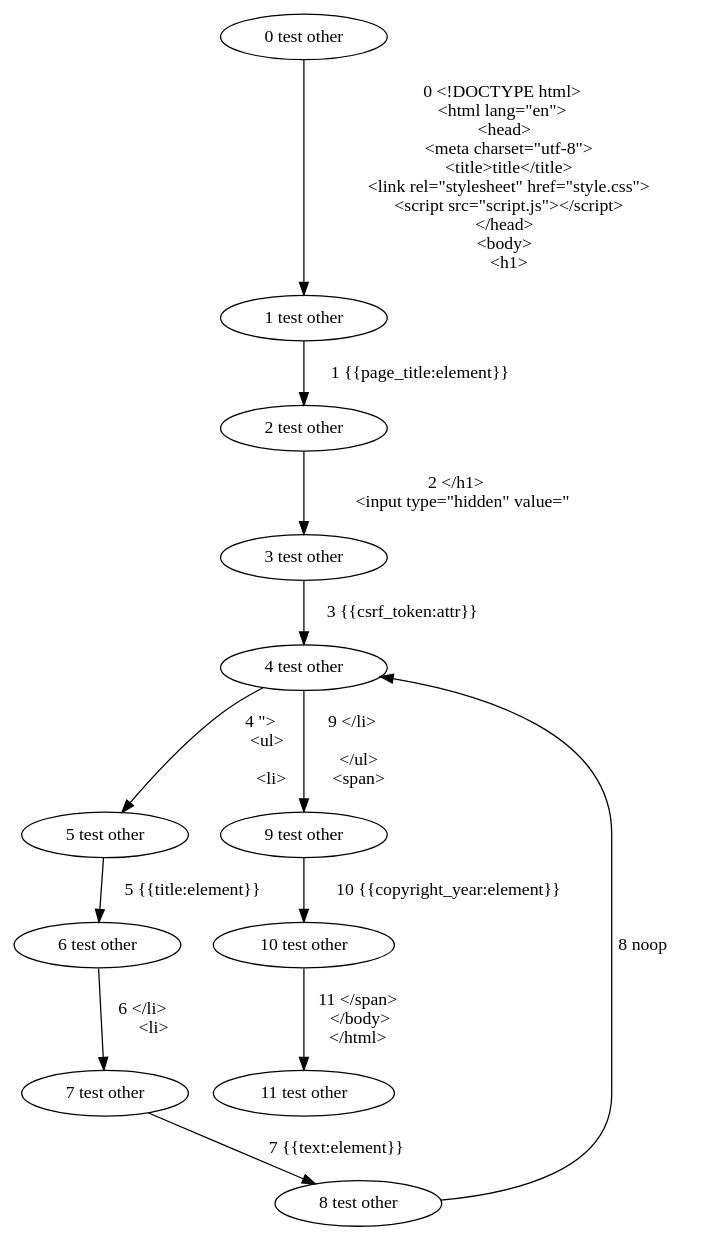
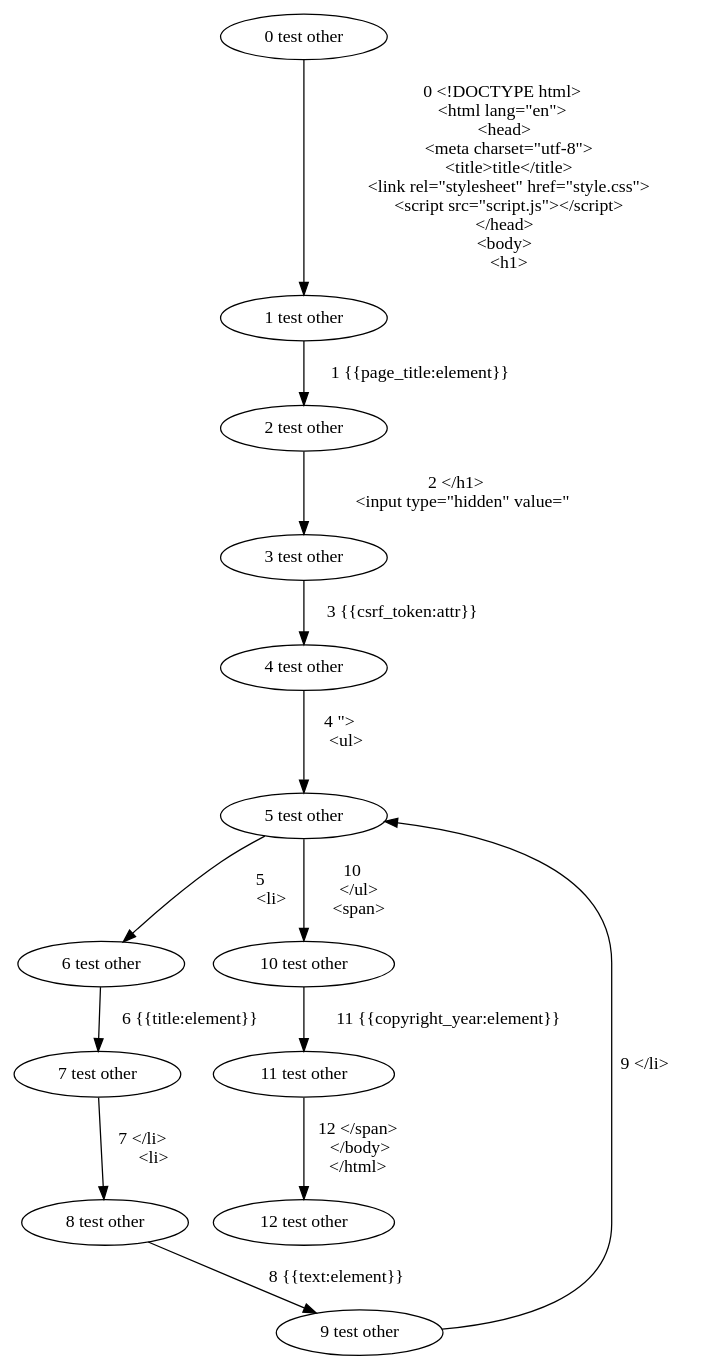
Before and after one commit to mohe2015/zero-cost-templating: the diagram in zero-cost-templating/test.dot, drawn with Graphviz. The commit also changed 2 other files, not shown here.

```diff
--- a/zero-cost-templating/test.dot
+++ b/zero-cost-templating/test.dot
@@ -1,45 +1,47 @@
 digraph {
     0 [ label = "0 test other"]
     1 [ label = "1 test other"]
     2 [ label = "2 test other"]
     3 [ label = "3 test other"]
     4 [ label = "4 test other"]
     5 [ label = "5 test other"]
     6 [ label = "6 test other"]
     7 [ label = "7 test other"]
     8 [ label = "8 test other"]
     9 [ label = "9 test other"]
     10 [ label = "10 test other"]
     11 [ label = "11 test other"]
+    12 [ label = "12 test other"]
     0 -> 1 [ label = "0 <!DOCTYPE html>
 <html lang=\"en\">
   <head>
     <meta charset=\"utf-8\">
     <title>title</title>
     <link rel=\"stylesheet\" href=\"style.css\">
     <script src=\"script.js\"></script>
   </head>
   <body>
     <h1>"]
     1 -> 2 [ label = "1 {{page_title:element}}"]
     2 -> 3 [ label = "2 </h1>
     <input type=\"hidden\" value=\""]
     3 -> 4 [ label = "3 {{csrf_token:attr}}"]
     4 -> 5 [ label = "4 \">
     <ul>
-    
+    "]
+    5 -> 6 [ label = "5 
       <li>"]
-    5 -> 6 [ label = "5 {{title:element}}"]
-    6 -> 7 [ label = "6 </li>
+    6 -> 7 [ label = "6 {{title:element}}"]
+    7 -> 8 [ label = "7 </li>
       <li>"]
-    7 -> 8 [ label = "7 {{text:element}}"]
-    8 -> 4 [ label = "8 noop"]
-    4 -> 9 [ label = "9 </li>
-    
+    8 -> 9 [ label = "8 {{text:element}}"]
+    9 -> 5 [ label = "9 </li>
+    "]
+    5 -> 10 [ label = "10 
     </ul>
     <span>"]
-    9 -> 10 [ label = "10 {{copyright_year:element}}"]
-    10 -> 11 [ label = "11 </span>
+    10 -> 11 [ label = "11 {{copyright_year:element}}"]
+    11 -> 12 [ label = "12 </span>
   </body>
 </html>"]
 }
```
